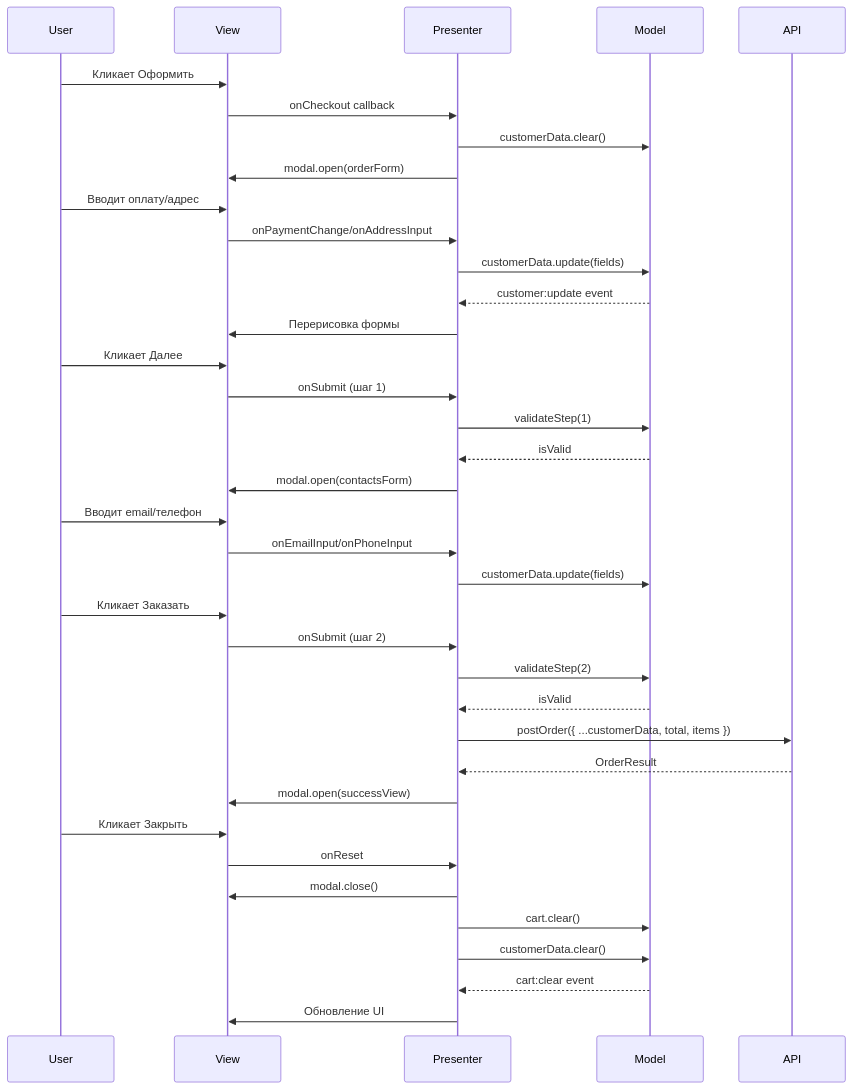
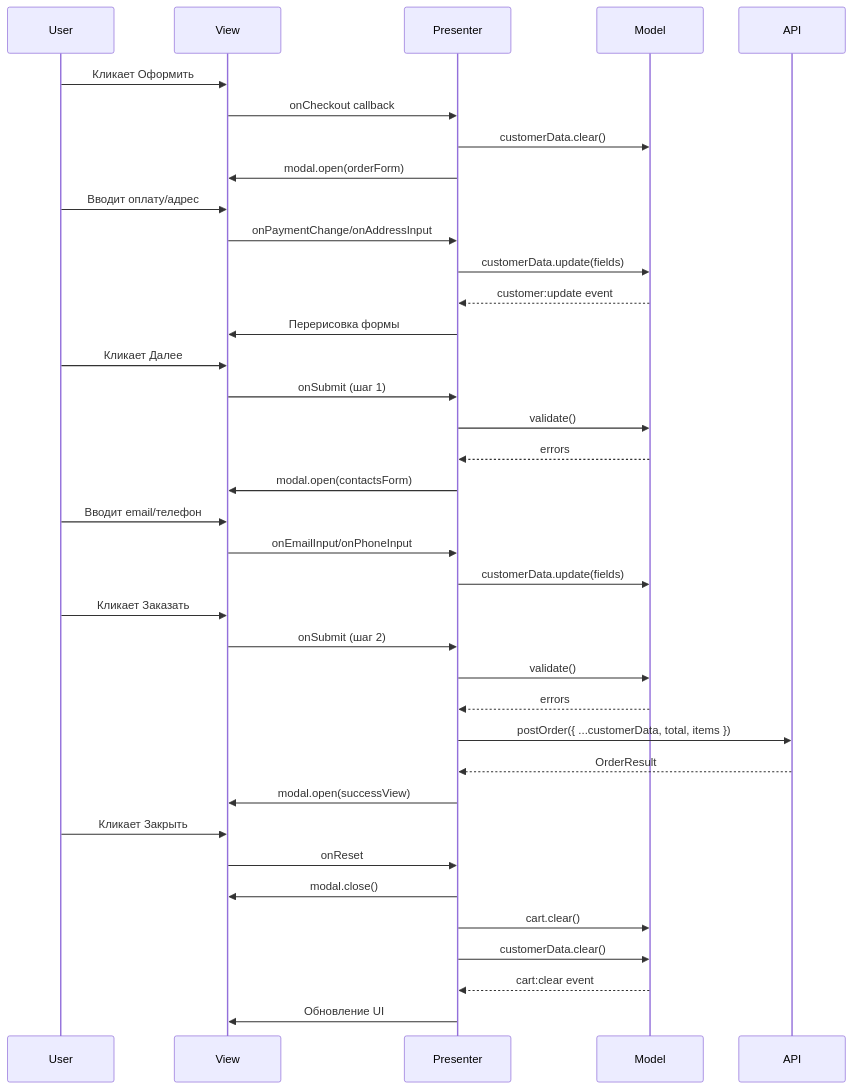
Before and after one commit to ihrapkov/weblarek: the second of 2 diagrams in README.md, drawn with Mermaid. The commit also changed other lines of this file and 19 other files, not shown here.

````diff
--- a/README.md
+++ b/README.md
@@ -662,45 +680,45 @@
 ```mermaid
 sequenceDiagram
     participant U as User
     participant V as View
     participant P as Presenter
     participant M as Model
     participant A as API
 
     U->>V: Кликает Оформить
     V->>P: onCheckout callback
     P->>M: customerData.clear()
     P->>V: modal.open(orderForm)
 
     U->>V: Вводит оплату/адрес
     V->>P: onPaymentChange/onAddressInput
     P->>M: customerData.update(fields)
     M-->>P: customer:update event
     P->>V: Перерисовка формы
 
     U->>V: Кликает Далее
     V->>P: onSubmit (шаг 1)
-    P->>M: validateStep(1)
-    M-->>P: isValid
+    P->>M: validate()
+    M-->>P: errors
     P->>V: modal.open(contactsForm)
 
     U->>V: Вводит email/телефон
     V->>P: onEmailInput/onPhoneInput
     P->>M: customerData.update(fields)
 
     U->>V: Кликает Заказать
     V->>P: onSubmit (шаг 2)
-    P->>M: validateStep(2)
-    M-->>P: isValid
+    P->>M: validate()
+    M-->>P: errors
     P->>A: postOrder({ ...customerData, total, items })
     A-->>P: OrderResult
     P->>V: modal.open(successView)
 
     U->>V: Кликает Закрыть
     V->>P: onReset
     P->>V: modal.close()
     P->>M: cart.clear()
     P->>M: customerData.clear()
     M-->>P: cart:clear event
     P->>V: Обновление UI
 ```
````
